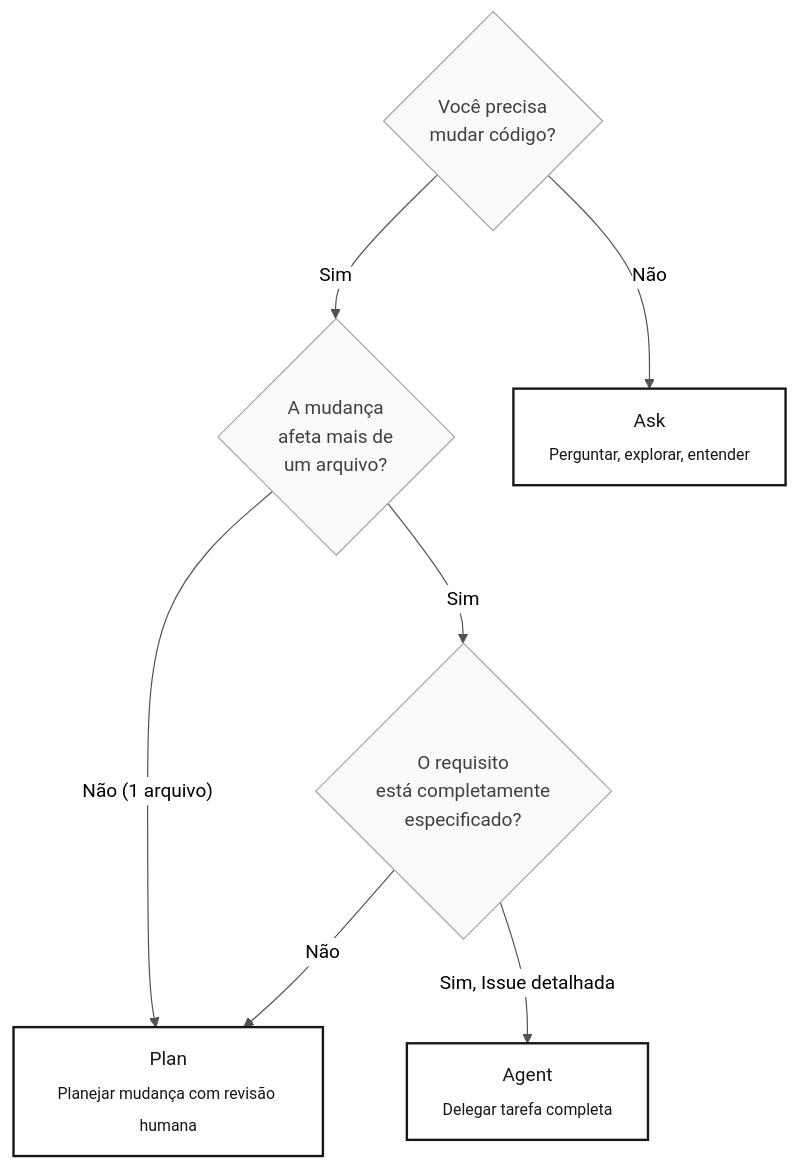
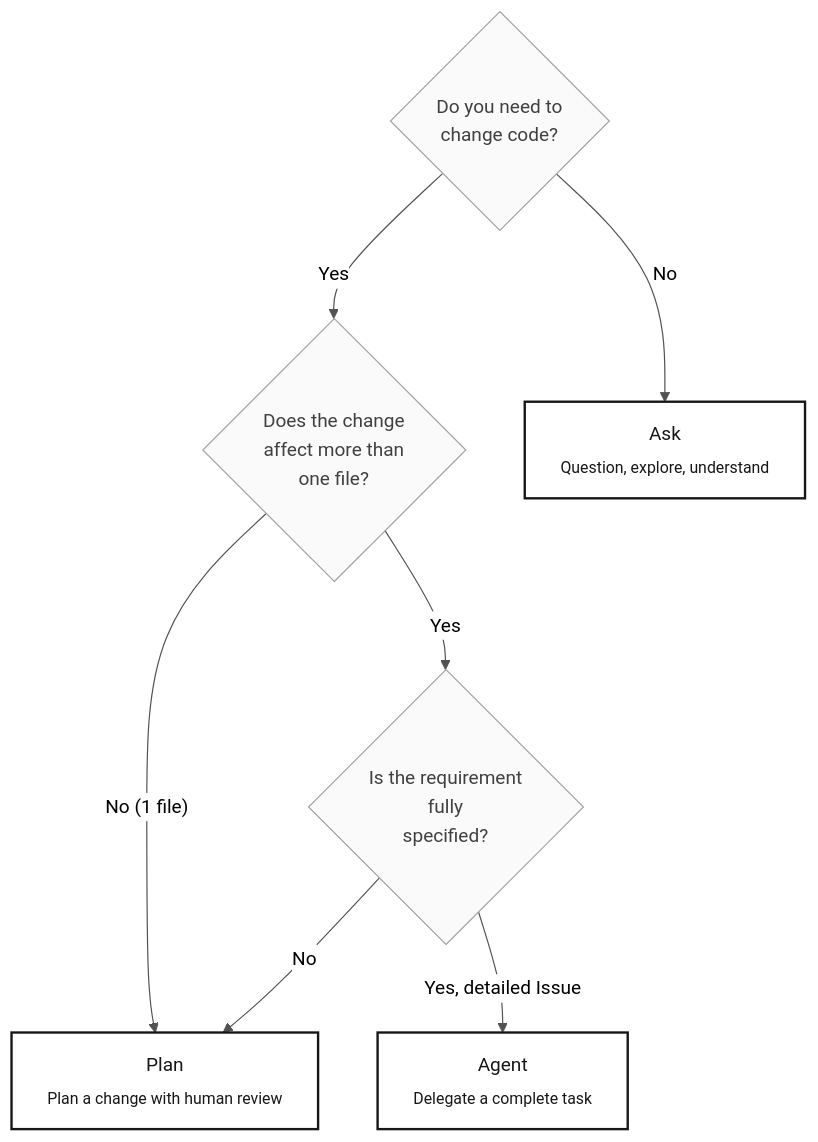
One commit to paulasilvatech/datacorp-mm-team-kit changed the diagram in 07-conceitos/04-3-modos-do-copilot.md. Above: the diagram before and after it, drawn with Mermaid. The commit also changed other lines of this file and 44 other files, not shown here.

````diff
--- a/07-conceitos/04-3-modos-do-copilot.md
+++ b/07-conceitos/04-3-modos-do-copilot.md
@@ -43,22 +43,22 @@
 ```mermaid
 %%{init: {'theme':'neutral','themeVariables':{'fontFamily':'ui-sans-serif, system-ui, sans-serif','primaryColor':'#F5F5F5','primaryTextColor':'#171717','primaryBorderColor':'#171717','lineColor':'#525252','secondaryColor':'#FFFFFF','tertiaryColor':'#FAFAFA','background':'#FFFFFF'}}}%%
 flowchart TD
     classDef step fill:#F5F5F5,stroke:#171717,color:#171717
     classDef result fill:#FFFFFF,stroke:#171717,color:#171717,stroke-width:2px
     classDef question fill:#FAFAFA,stroke:#A3A3A3,color:#404040
 
-    Q1{"Você precisa<br/>mudar código?"}:::question
-    Q2{"A mudança<br/>afeta mais de<br/>um arquivo?"}:::question
-    Q3{"O requisito<br/>está completamente<br/>especificado?"}:::question
+    Q1{"Do you need to<br/>change code?"}:::question
+    Q2{"Does the change<br/>affect more than<br/>one file?"}:::question
+    Q3{"Is the requirement<br/>fully<br/>specified?"}:::question
 
-    ASK["Ask<br/><sub>Perguntar, explorar, entender</sub>"]:::result
-    PLAN["Plan<br/><sub>Planejar mudança com revisão humana</sub>"]:::result
-    AGENT["Agent<br/><sub>Delegar tarefa completa</sub>"]:::result
+    ASK["Ask<br/><sub>Question, explore, understand</sub>"]:::result
+    PLAN["Plan<br/><sub>Plan a change with human review</sub>"]:::result
+    AGENT["Agent<br/><sub>Delegate a complete task</sub>"]:::result
 
-    Q1 -- "Não" --> ASK
-    Q1 -- "Sim" --> Q2
-    Q2 -- "Não (1 arquivo)" --> PLAN
-    Q2 -- "Sim" --> Q3
-    Q3 -- "Não" --> PLAN
-    Q3 -- "Sim, Issue detalhada" --> AGENT
+    Q1 -- "No" --> ASK
+    Q1 -- "Yes" --> Q2
+    Q2 -- "No (1 file)" --> PLAN
+    Q2 -- "Yes" --> Q3
+    Q3 -- "No" --> PLAN
+    Q3 -- "Yes, detailed Issue" --> AGENT
 ```
````
